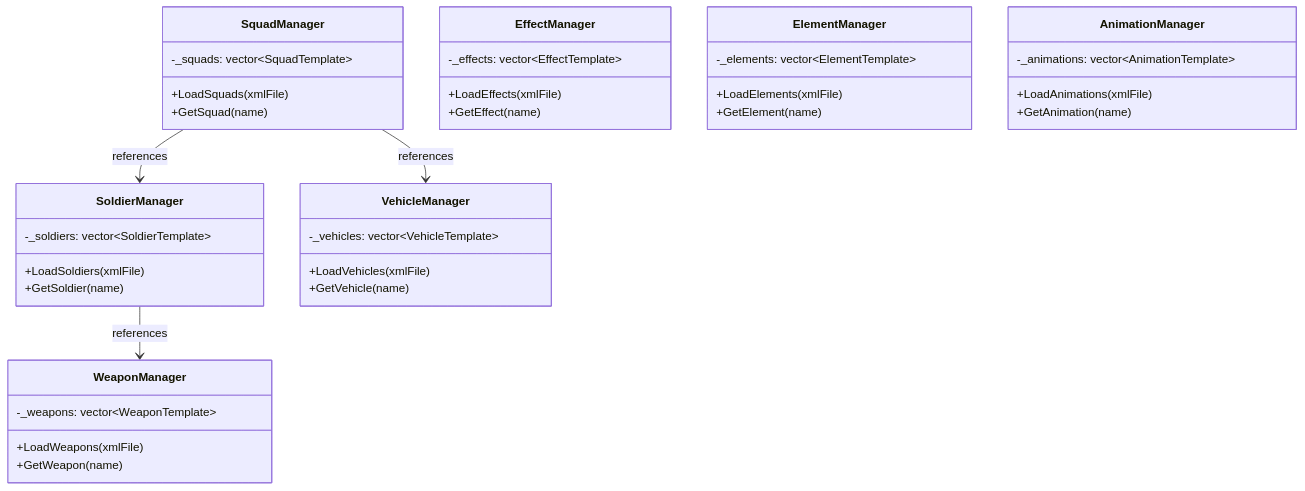
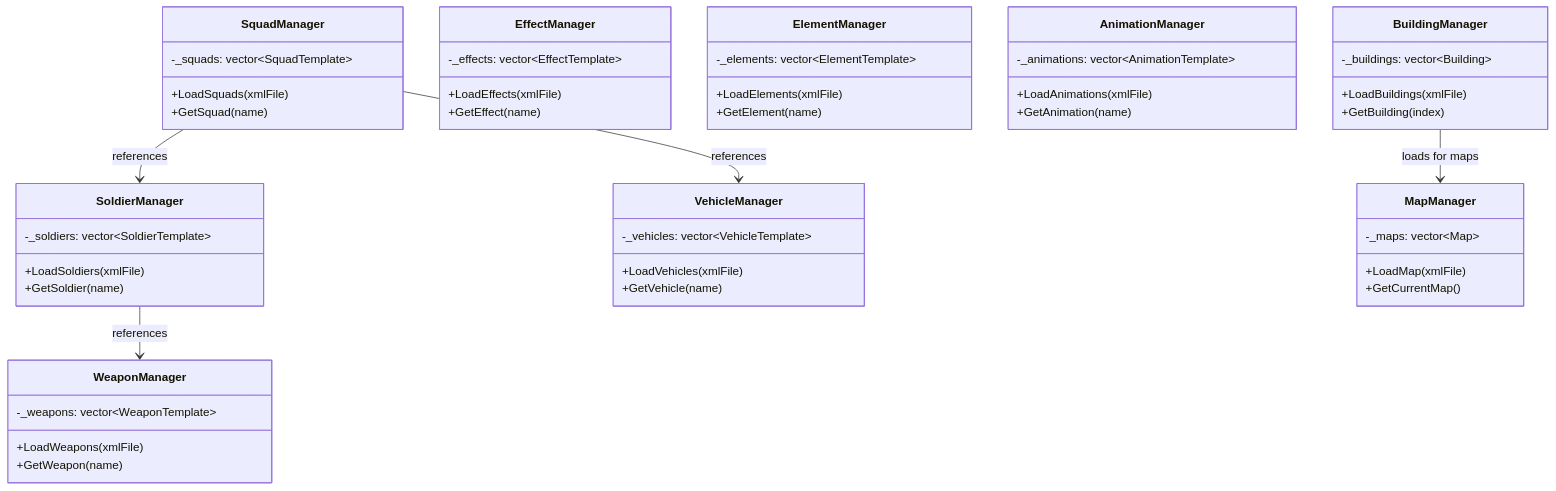
One commit to jukofyork/OpenCombat-SDL changed the second of 4 diagrams in docs/chapters/07-configuration.md. Above: the diagram before and after it, drawn with Mermaid. The commit also changed other lines of this file and 11 other files, not shown here.

````diff
--- a/docs/chapters/07-configuration.md
+++ b/docs/chapters/07-configuration.md
@@ -565,42 +568,55 @@
 ```mermaid
 classDiagram
     class SoldierManager {
         +LoadSoldiers(xmlFile)
         +GetSoldier(name)
         -_soldiers: vector~SoldierTemplate~
     }
     class WeaponManager {
         +LoadWeapons(xmlFile)
         +GetWeapon(name)
         -_weapons: vector~WeaponTemplate~
     }
     class VehicleManager {
         +LoadVehicles(xmlFile)
         +GetVehicle(name)
         -_vehicles: vector~VehicleTemplate~
     }
     class SquadManager {
         +LoadSquads(xmlFile)
         +GetSquad(name)
         -_squads: vector~SquadTemplate~
     }
     class EffectManager {
         +LoadEffects(xmlFile)
         +GetEffect(name)
         -_effects: vector~EffectTemplate~
     }
     class ElementManager {
         +LoadElements(xmlFile)
         +GetElement(name)
         -_elements: vector~ElementTemplate~
     }
     class AnimationManager {
         +LoadAnimations(xmlFile)
         +GetAnimation(name)
         -_animations: vector~AnimationTemplate~
     }
     
+    class BuildingManager {
+        +LoadBuildings(xmlFile)
+        +GetBuilding(index)
+        -_buildings: vector~Building~
+    }
+    
+    class MapManager {
+        +LoadMap(xmlFile)
+        +GetCurrentMap()
+        -_maps: vector~Map~
+    }
+    
     SoldierManager --> WeaponManager : references
     SquadManager --> SoldierManager : references
     SquadManager --> VehicleManager : references
+    BuildingManager --> MapManager : loads for maps
 ```
````
